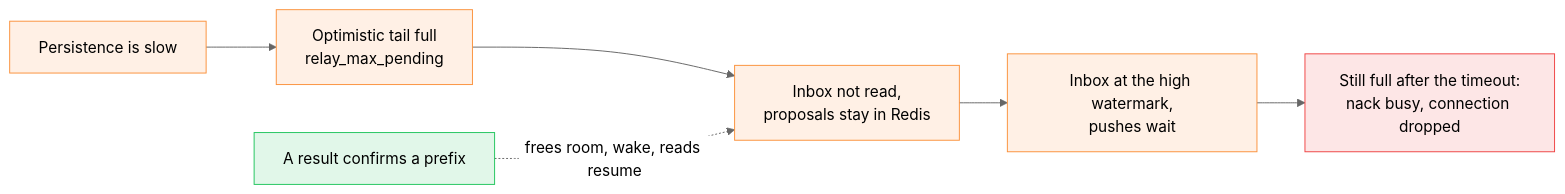
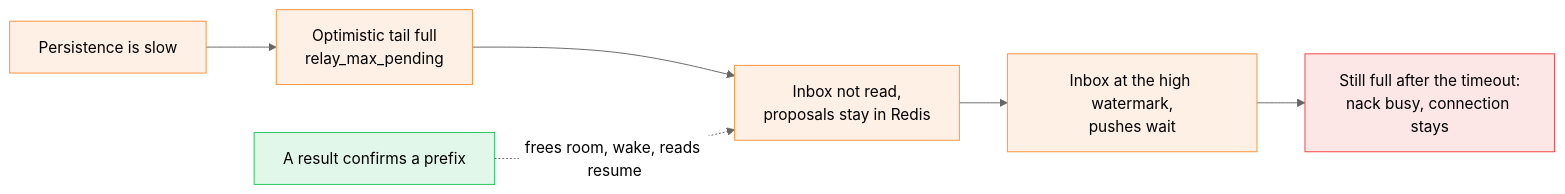
Before and after one commit to gzp79/shine-services: the eighth of 8 diagrams in docs/services/builder/command-stream.md, drawn with Mermaid (neutral theme). The commit also changed other lines of this file and 5 other files, not shown here.

````diff
--- a/docs/services/builder/command-stream.md
+++ b/docs/services/builder/command-stream.md
@@ -289,12 +289,12 @@
 ```mermaid
 flowchart LR
     classDef orange fill:#fb923c22,stroke:#fb923c
     classDef green fill:#22c55e22,stroke:#22c55e
     classDef red fill:#ef444422,stroke:#ef4444
 
     Slow["Persistence is slow"]:::orange --> Full["Optimistic tail full<br/>relay_max_pending"]:::orange
     Full --> Hold["Inbox not read,<br/>proposals stay in Redis"]:::orange
     Hold --> High["Inbox at the high watermark,<br/>pushes wait"]:::orange
-    High --> Busy["Still full after the timeout:<br/>nack busy, connection dropped"]:::red
+    High --> Busy["Still full after the timeout:<br/>nack busy, connection stays"]:::red
     Done["A result confirms a prefix"]:::green -. "frees room, wake, reads resume" .-> Hold
 ```
````
